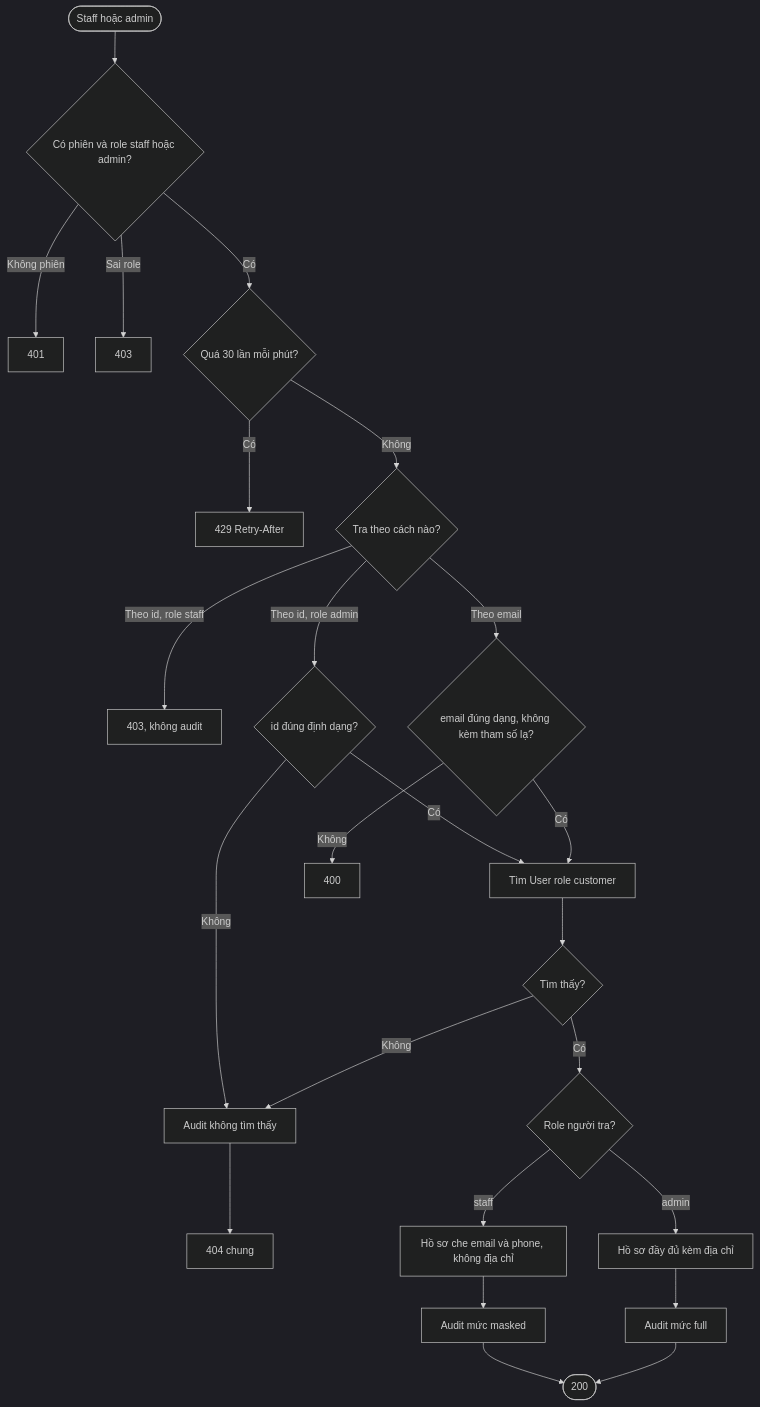
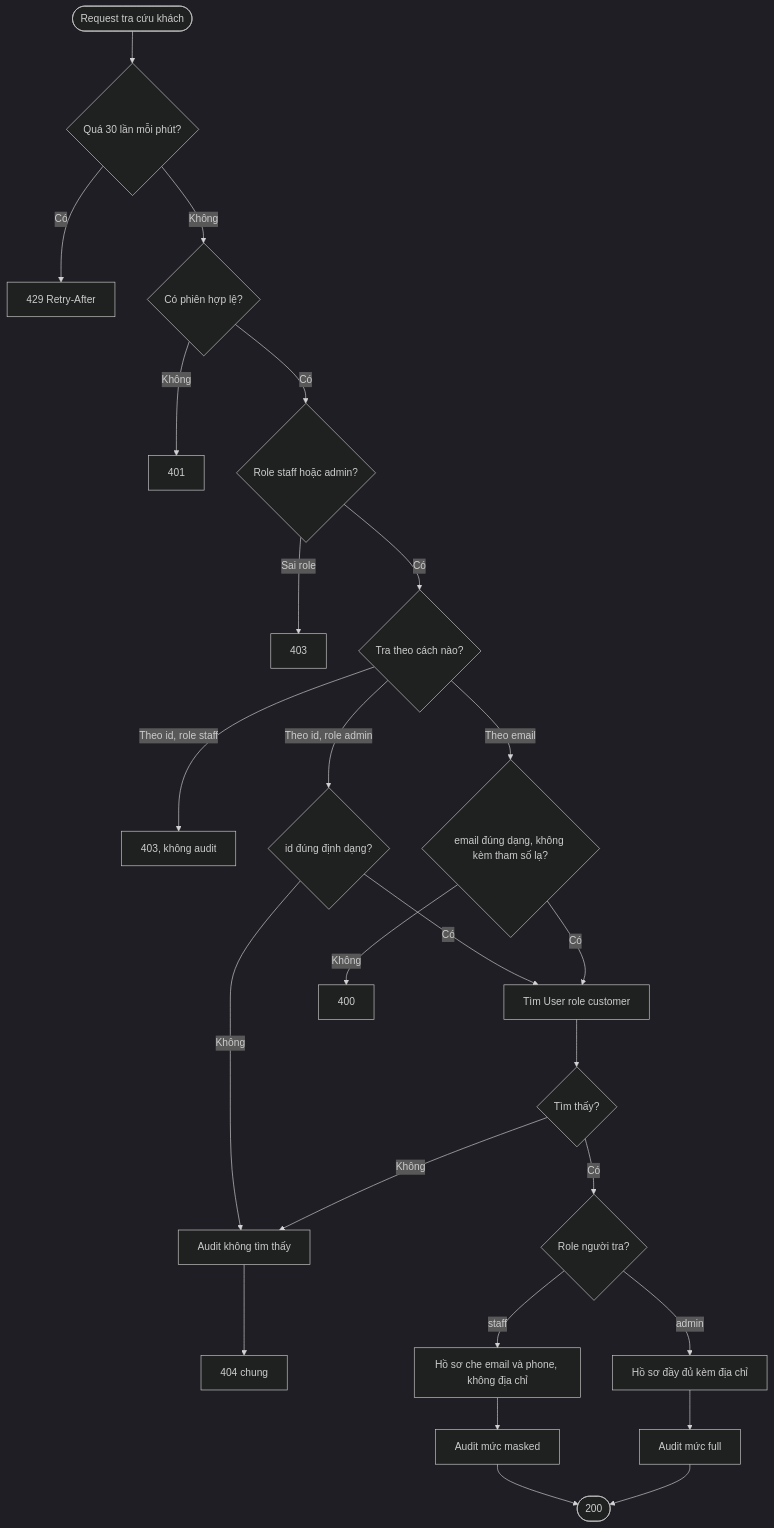
One commit to bvminh-dev/Min-SDLC changed the third of 3 diagrams in spec/epics/USR/flows/USR-FLOW-20261006-101004210.md. Above: the diagram before and after it, drawn with Mermaid (dark theme). The commit also changed other lines of this file and 224 other files, not shown here.

````diff
--- a/spec/epics/USR/flows/USR-FLOW-20261006-101004210.md
+++ b/spec/epics/USR/flows/USR-FLOW-20261006-101004210.md
@@ -89,26 +91,27 @@
 ```mermaid
 flowchart TD
-    A([Staff hoặc admin]) --> B{Có phiên và role staff hoặc admin?}
-    B -- Không phiên --> E401[401]
+    A([Request tra cứu khách]) --> C{Quá 30 lần mỗi phút?}
+    C -- Có --> E429[429 Retry-After]
+    C -- Không --> B1{Có phiên hợp lệ?}
+    B1 -- Không --> E401[401]
+    B1 -- Có --> B{Role staff hoặc admin?}
     B -- Sai role --> E403[403]
-    B -- Có --> C{Quá 30 lần mỗi phút?}
-    C -- Có --> E429[429 Retry-After]
-    C -- Không --> D{Tra theo cách nào?}
+    B -- Có --> D{Tra theo cách nào?}
     D -- Theo id, role staff --> E403b[403, không audit]
     D -- Theo id, role admin --> D1{id đúng định dạng?}
     D1 -- Không --> H
     D1 -- Có --> F[Tìm User role customer]
     D -- Theo email --> D2{email đúng dạng, không kèm tham số lạ?}
     D2 -- Không --> E400[400]
     D2 -- Có --> F
     F --> G{Tìm thấy?}
     G -- Không --> H[Audit không tìm thấy]
     H --> E404[404 chung]
     G -- Có --> I{Role người tra?}
     I -- staff --> J[Hồ sơ che email và phone, không địa chỉ]
     I -- admin --> K[Hồ sơ đầy đủ kèm địa chỉ]
     J --> L[Audit mức masked]
     K --> M[Audit mức full]
     L --> Z([200])
     M --> Z
 ```
````
